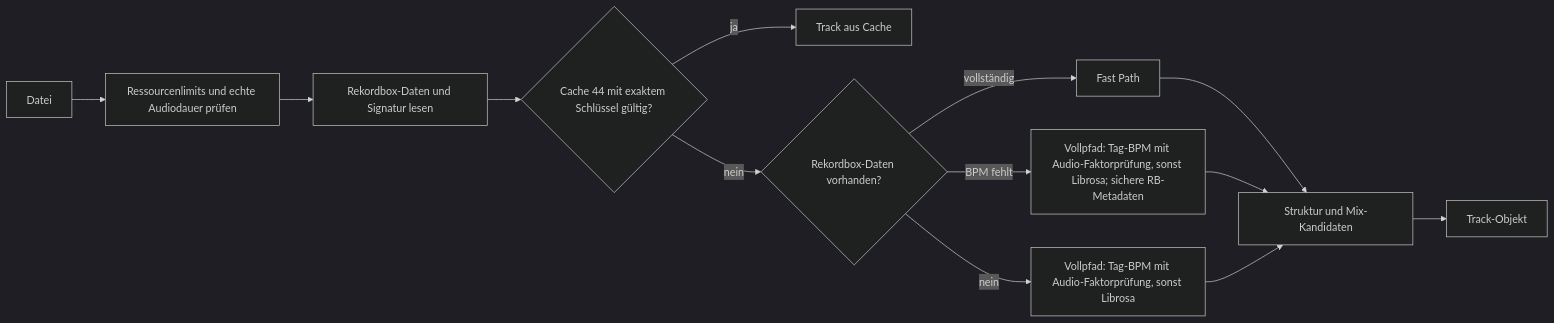
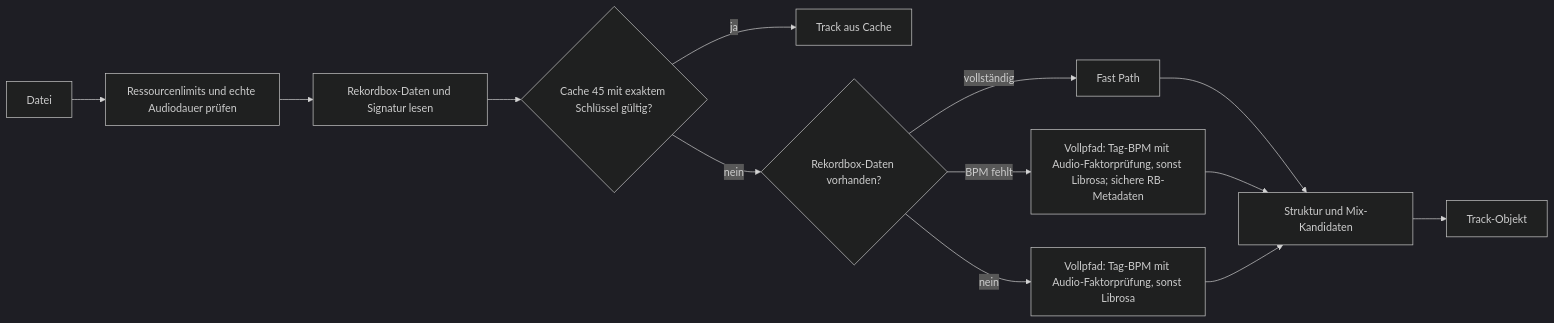
One commit to Crusty696/HarmonicPlaylistGenkopie_V2.0 changed the second of 9 diagrams in docs/TRACKAUSWAHL-UND-MIXPOINT-FLUSS.md. Above: the diagram before and after it, drawn with Mermaid (dark theme). The commit also changed other lines of this file and 3 other files, not shown here.

````diff
--- a/docs/TRACKAUSWAHL-UND-MIXPOINT-FLUSS.md
+++ b/docs/TRACKAUSWAHL-UND-MIXPOINT-FLUSS.md
@@ -97,15 +100,15 @@
 ```mermaid
 flowchart LR
     A[Datei] --> R[Ressourcenlimits und echte Audiodauer prüfen]
     R --> S[Rekordbox-Daten und Signatur lesen]
-    S --> B{Cache 44 mit exaktem Schlüssel gültig?}
+    S --> B{Cache 45 mit exaktem Schlüssel gültig?}
     B -- ja --> C[Track aus Cache]
     B -- nein --> D{Rekordbox-Daten vorhanden?}
     D -- vollständig --> E[Fast Path]
     D -- BPM fehlt --> F["Vollpfad: Tag-BPM mit Audio-Faktorprüfung, sonst Librosa; sichere RB-Metadaten"]
     D -- nein --> G["Vollpfad: Tag-BPM mit Audio-Faktorprüfung, sonst Librosa"]
     E --> H[Struktur und Mix-Kandidaten]
     F --> H
     G --> H
     H --> I[Track-Objekt]
 ```
````
